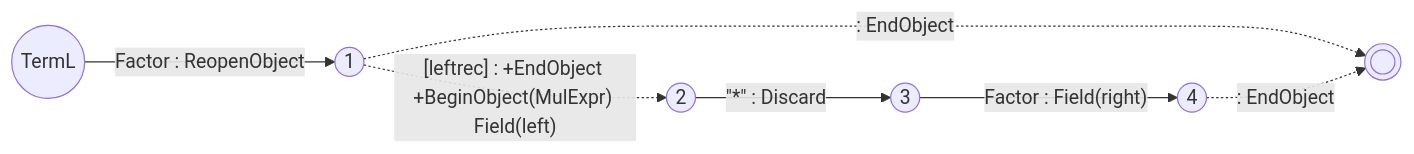
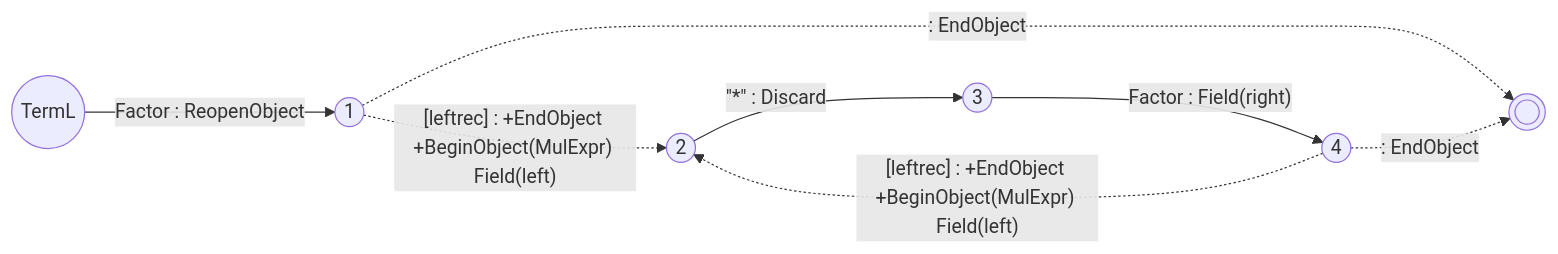
The eighth of 11 diagrams in Blog/GLR-Refactoring/Mermaid.md (vczh-websites/vczh), drawn with Mermaid before and after one commit. The commit also changed other lines of this file, not shown here.

````diff
--- a/Blog/GLR-Refactoring/Mermaid.md
+++ b/Blog/GLR-Refactoring/Mermaid.md
@@ -94,9 +95,10 @@
 ```mermaid
 graph LR
   S((TermL))-- Factor : ReopenObject --> 1
   1((1))-. : EndObject .->E((( )))
   2((2))-- #quot;*#quot; : Discard -->3
   3((3))-- Factor : Field(right) --> 4
   4((4))-. : EndObject .->E
   1-. [leftrec] : +EndObject +BeginObject(MulExpr) Field(left) .->2
+  4-. [leftrec] : +EndObject +BeginObject(MulExpr) Field(left) .->2
 ```
````
